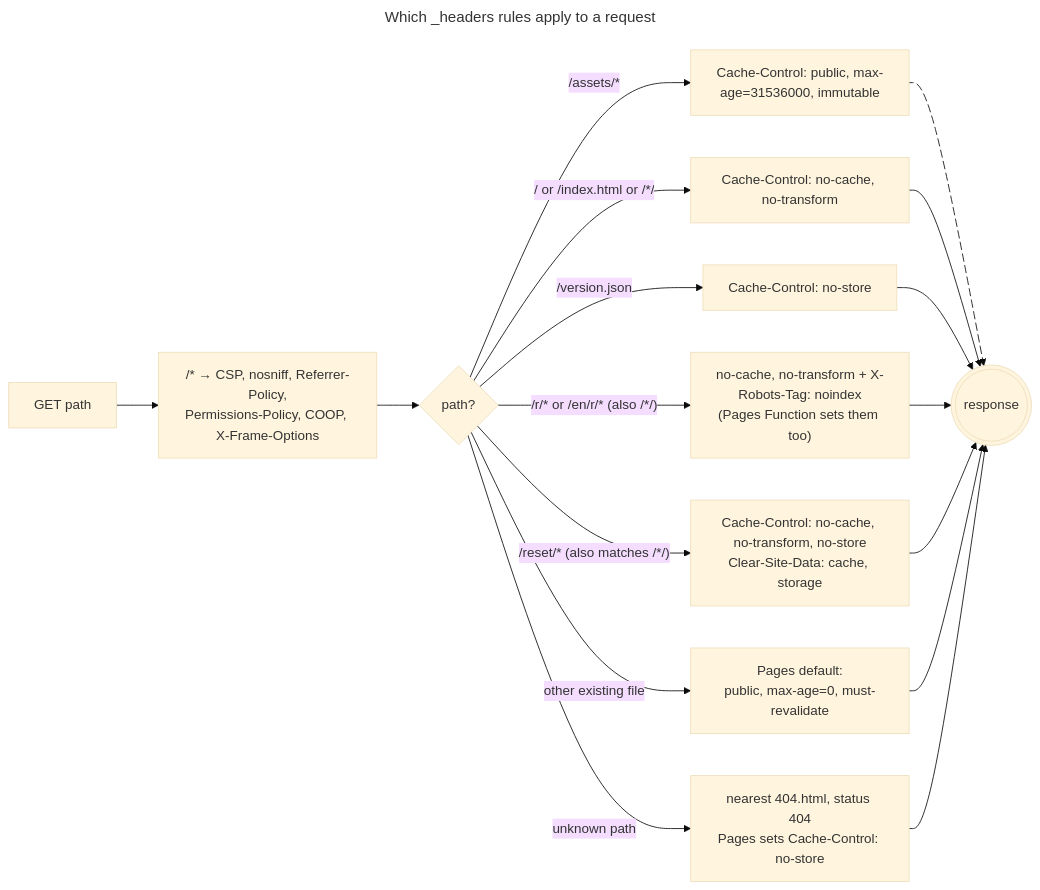
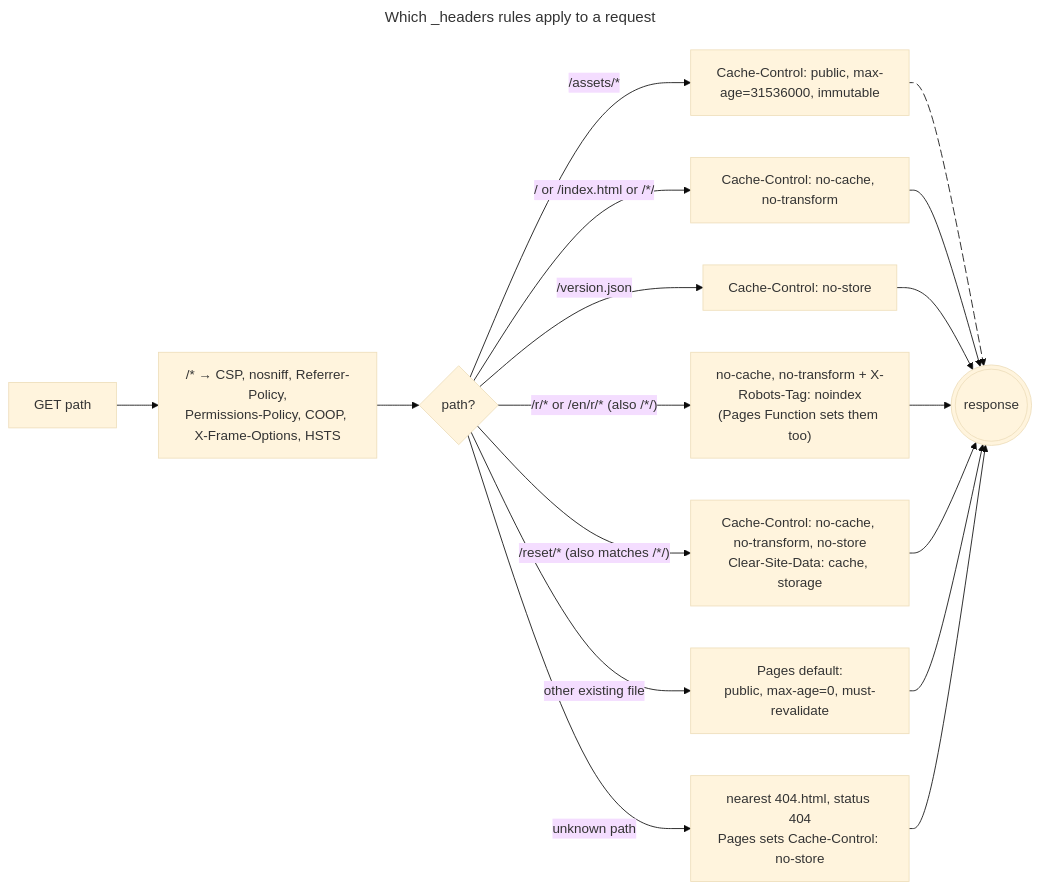
Before and after one commit to VinylStage/trex_vs_tiger_sim: the second of 2 diagrams in docs/DEPLOYMENT.md, drawn with Mermaid (base theme). The commit also changed other lines of this file and 13 other files, not shown here.

````diff
--- a/docs/DEPLOYMENT.md
+++ b/docs/DEPLOYMENT.md
@@ -216,26 +219,26 @@
 ```mermaid
 ---
 title: Which _headers rules apply to a request
 config:
   flowchart:
     curve: basis
 ---
 flowchart LR
-    req@{ shape: rect, label: "GET path" } --> all@{ shape: rect, label: "/* → CSP, nosniff, Referrer-Policy,<br/>Permissions-Policy, COOP, X-Frame-Options" }
+    req@{ shape: rect, label: "GET path" } --> all@{ shape: rect, label: "/* → CSP, nosniff, Referrer-Policy,<br/>Permissions-Policy, COOP, X-Frame-Options, HSTS" }
     all --> q{"path?"}
     q -- "/assets/*" --> imm@{ shape: rect, label: "Cache-Control: public, max-age=31536000, immutable" }
     q -- "/ or /index.html or /*/" --> nc@{ shape: rect, label: "Cache-Control: no-cache, no-transform" }
     q -- "/r/* or /en/r/* (also /*/)" --> rp@{ shape: rect, label: "no-cache, no-transform + X-Robots-Tag: noindex<br/>(Pages Function sets them too)" }
     q -- "/version.json" --> vj@{ shape: rect, label: "Cache-Control: no-store" }
     q -- "/reset/* (also matches /*/)" --> rs@{ shape: rect, label: "Cache-Control: no-cache, no-transform, no-store<br/>Clear-Site-Data: cache, storage" }
     q -- "other existing file" --> def@{ shape: rect, label: "Pages default:<br/>public, max-age=0, must-revalidate" }
     q -- "unknown path" --> nf@{ shape: rect, label: "nearest 404.html, status 404<br/>Pages sets Cache-Control: no-store" }
     imm e1@--> resp@{ shape: dbl-circ, label: "response" }
     nc --> resp
     vj --> resp
     rp --> resp
     rs --> resp
     def --> resp
     nf --> resp
     e1@{ animate: true }
 ```
````
